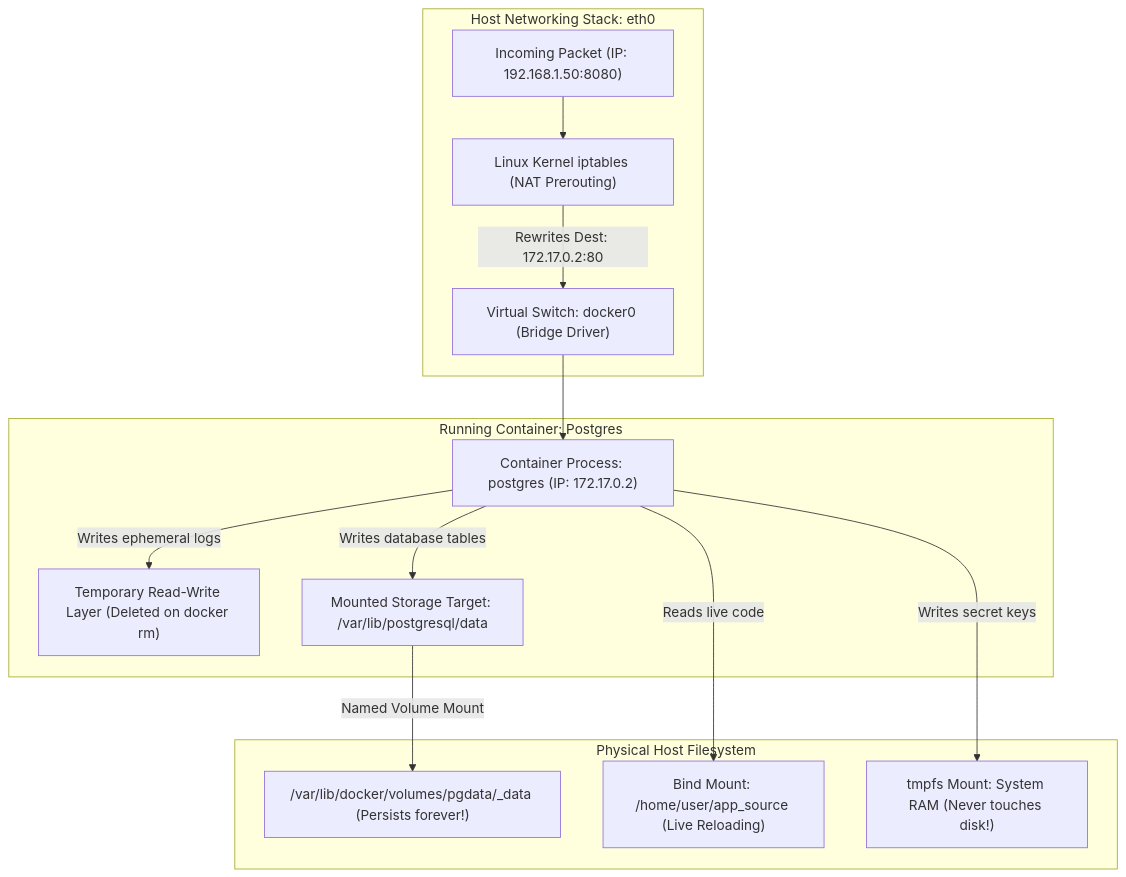
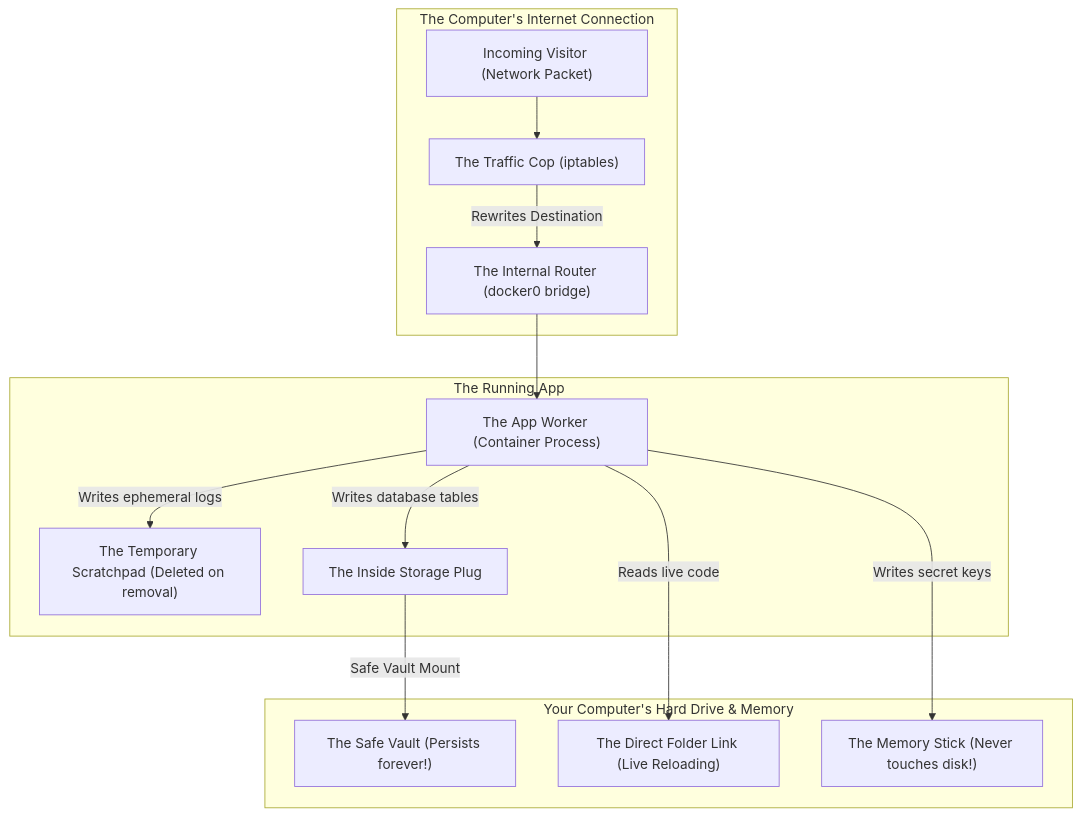
Before and after one commit to aloysiuspattath/platform-engineering-ai-course: the diagram in website/pages/modules/module-06/lesson-04.md, drawn with Mermaid. The commit also changed other lines of this file and 56 other files, not shown here.

Commit message:
refactor: simplify all architecture diagrams and explanations to layman's terms via AI subagent swarm

````diff
--- a/website/pages/modules/module-06/lesson-04.md
+++ b/website/pages/modules/module-06/lesson-04.md
@@ -115,19 +106,19 @@
 ```mermaid
 flowchart TD
-    subgraph HostNetworking [Host Networking Stack: eth0]
-        WIRE["Incoming Packet (IP: 192.168.1.50:8080)"] --> IPT["Linux Kernel iptables (NAT Prerouting)"]
-        IPT -->|Rewrites Dest: 172.17.0.2:80| BRIDGE["Virtual Switch: docker0 (Bridge Driver)"]
+    subgraph HostNetworking [The Computer's Internet Connection]
+        WIRE["Incoming Visitor (Network Packet)"] --> IPT["The Traffic Cop (iptables)"]
+        IPT -->|Rewrites Destination| BRIDGE["The Internal Router (docker0 bridge)"]
     end
 
-    subgraph ContainerStorage [Running Container: Postgres]
-        BRIDGE --> PROC["Container Process: postgres (IP: 172.17.0.2)"]
-        PROC -->|Writes ephemeral logs| COW["Temporary Read-Write Layer (Deleted on docker rm)"]
-        PROC -->|Writes database tables| MOUNT["Mounted Storage Target: /var/lib/postgresql/data"]
+    subgraph ContainerStorage [The Running App]
+        BRIDGE --> PROC["The App Worker (Container Process)"]
+        PROC -->|Writes ephemeral logs| COW["The Temporary Scratchpad (Deleted on removal)"]
+        PROC -->|Writes database tables| MOUNT["The Inside Storage Plug"]
     end
 
-    subgraph HostFilesystem [Physical Host Filesystem]
-        MOUNT -->|Named Volume Mount| VOL["/var/lib/docker/volumes/pgdata/_data (Persists forever!)"]
-        PROC -->|Reads live code| BIND["Bind Mount: /home/user/app_source (Live Reloading)"]
-        PROC -->|Writes secret keys| TMPFS["tmpfs Mount: System RAM (Never touches disk!)"]
+    subgraph HostFilesystem [Your Computer's Hard Drive & Memory]
+        MOUNT -->|Safe Vault Mount| VOL["The Safe Vault (Persists forever!)"]
+        PROC -->|Reads live code| BIND["The Direct Folder Link (Live Reloading)"]
+        PROC -->|Writes secret keys| TMPFS["The Memory Stick (Never touches disk!)"]
     end
 ```
````
